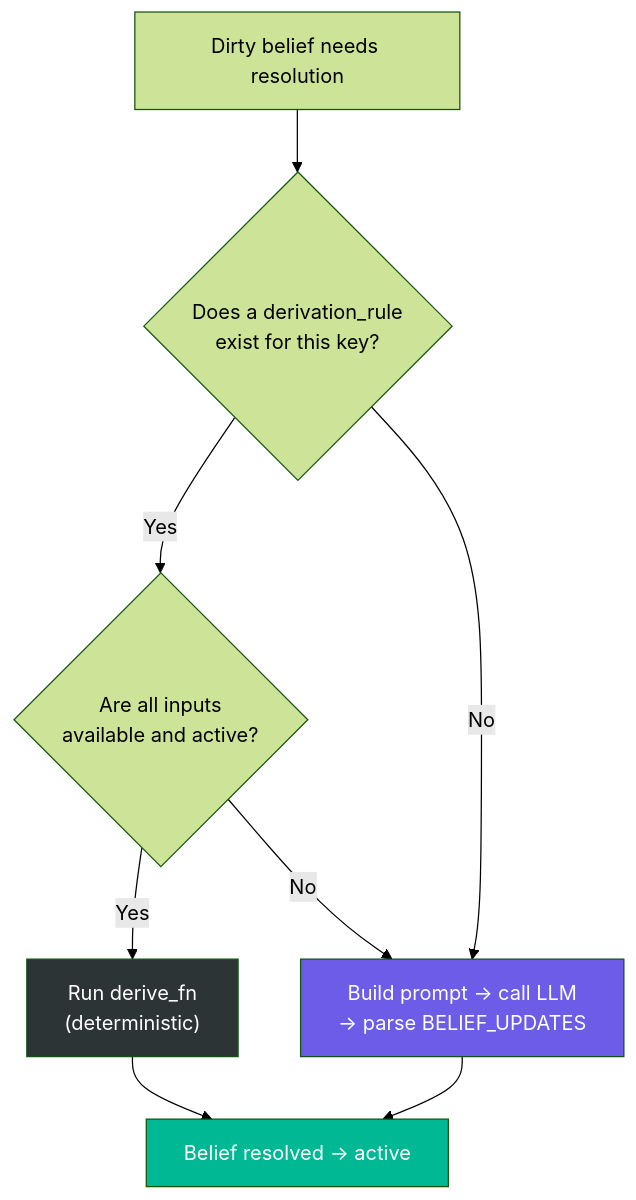
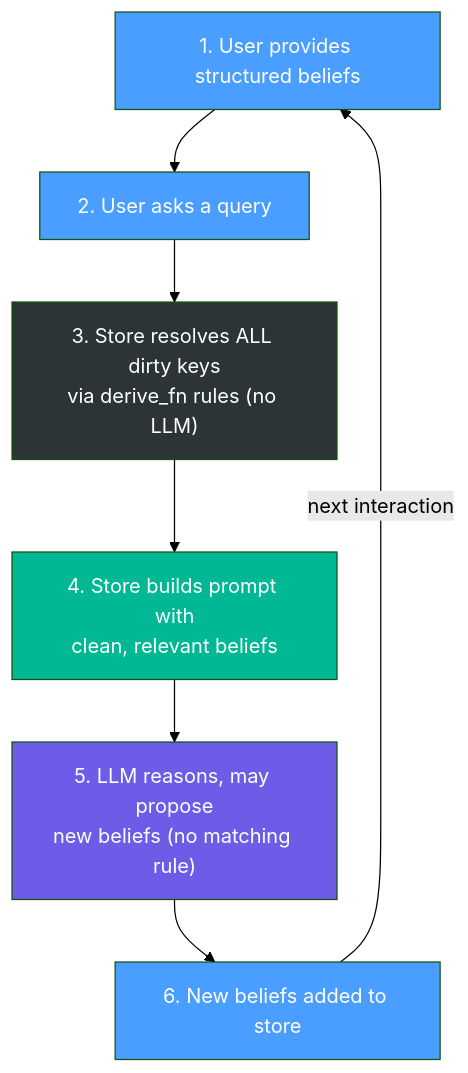
One commit to sultann-301/Belief-Aware-LLMs changed the second of 5 diagrams in Final Agreed Implementation.md. Above: the diagram before and after it, drawn with Mermaid (forest theme). The commit also changed other lines of this file and 1 other file, not shown here.

````diff
--- a/Final Agreed Implementation.md
+++ b/Final Agreed Implementation.md
@@ -58,21 +48,19 @@
 ```mermaid
 graph TD
-    DIRTY_KEY["Dirty belief needs resolution"]
-    CHECK{"Does a derivation_rule<br/>exist for this key?"}
-    HAS_INPUTS{"Are all inputs<br/>available and active?"}
-    DERIVE["Run derive_fn<br/>(deterministic)"]
-    LLM["Build prompt → call LLM<br/>→ parse BELIEF_UPDATES"]
-    DONE["Belief resolved → active"]
+    S1["1. User provides structured beliefs"]
+    S2["2. User asks a query"]
+    S3["3. Store resolves ALL dirty keys<br/>via derive_fn rules (no LLM)"]
+    S4["4. Store builds prompt with<br/>clean, relevant beliefs"]
+    S5["5. LLM reasons, may propose<br/>new beliefs (no matching rule)"]
+    S6["6. New beliefs added to store"]
 
-    DIRTY_KEY --> CHECK
-    CHECK -->|Yes| HAS_INPUTS
-    CHECK -->|No| LLM
-    HAS_INPUTS -->|Yes| DERIVE
-    HAS_INPUTS -->|No| LLM
-    DERIVE --> DONE
-    LLM --> DONE
+    S1 --> S2 --> S3 --> S4 --> S5 --> S6
+    S6 -->|"next interaction"| S1
 
-    style DERIVE fill:#2d3436,color:#fff
-    style LLM fill:#6c5ce7,color:#fff
-    style DONE fill:#00b894,color:#fff
+    style S1 fill:#4a9eff,color:#fff
+    style S2 fill:#4a9eff,color:#fff
+    style S3 fill:#2d3436,color:#fff
+    style S4 fill:#00b894,color:#fff
+    style S5 fill:#6c5ce7,color:#fff
+    style S6 fill:#4a9eff,color:#fff
 ```
````
